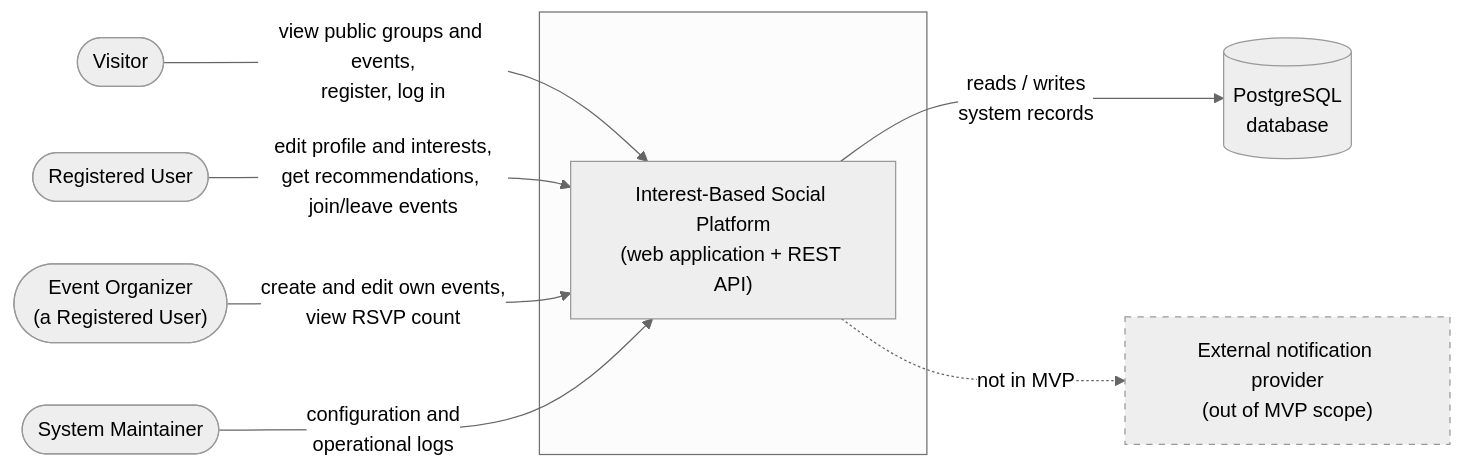
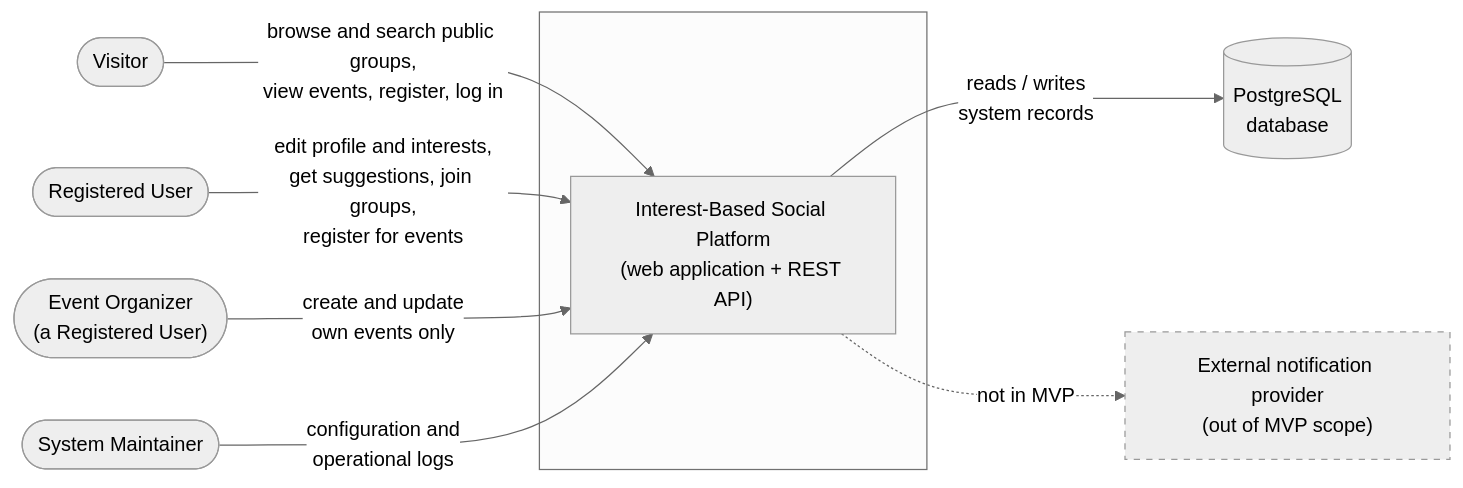
The diagram in diagrams/system-context.mmd (NabievaUlzhan/interest-based-group-matching), drawn with Mermaid (neutral theme) before and after one commit. The commit also changed 12 other files, not shown here.

Commit message:
IBS-8: Address review comments (permissions, NFR refs, use cases, ER model)

```diff
--- a/diagrams/system-context.mmd
+++ b/diagrams/system-context.mmd
@@ -1,21 +1,21 @@
 flowchart LR
     visitor(["Visitor"])
     user(["Registered User"])
     organizer(["Event Organizer<br/>(a Registered User)"])
     maintainer(["System Maintainer"])
 
     subgraph boundary [" "]
         system["Interest-Based Social Platform<br/>(web application + REST API)"]
     end
 
     db[("PostgreSQL<br/>database")]
     notif["External notification provider<br/>(out of MVP scope)"]
 
-    visitor -- "view public groups and events,<br/>register, log in" --> system
-    user -- "edit profile and interests,<br/>get recommendations, join/leave events" --> system
-    organizer -- "create and edit own events,<br/>view RSVP count" --> system
+    visitor -- "browse and search public groups,<br/>view events, register, log in" --> system
+    user -- "edit profile and interests,<br/>get suggestions, join groups,<br/>register for events" --> system
+    organizer -- "create and update<br/>own events only" --> system
     maintainer -- "configuration and<br/>operational logs" --> system
     system -- "reads / writes<br/>system records" --> db
     system -. "not in MVP" .-> notif
 
     style notif stroke-dasharray: 5 5
```
